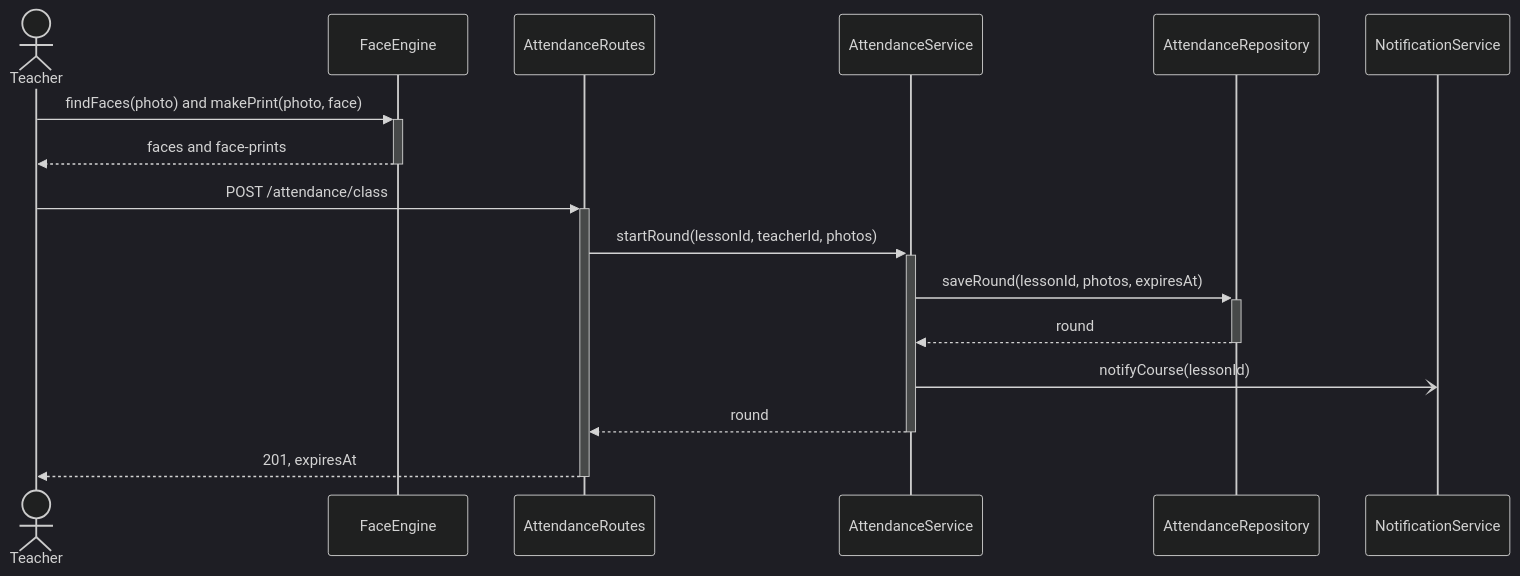
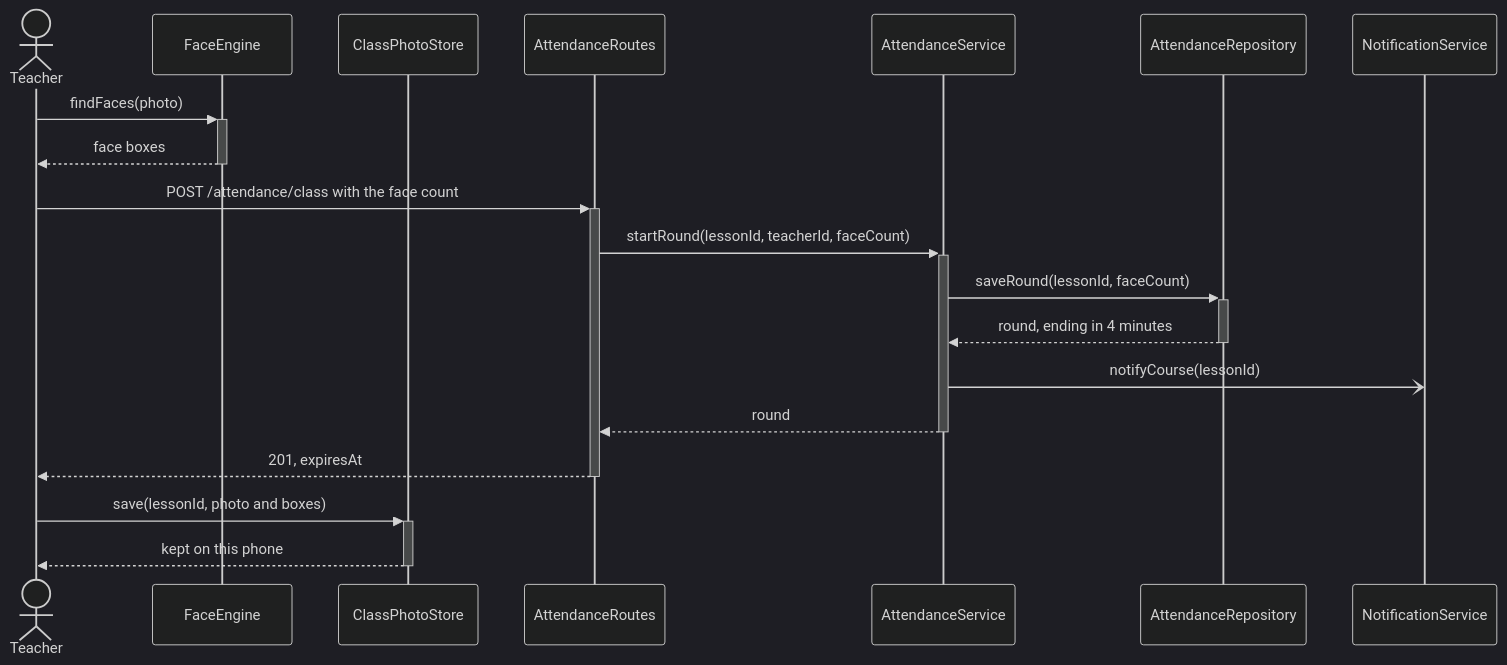
Before and after one commit to aviya1221/ASG2_OOP: the third of 6 diagrams in docs/07-EDD/attendance.md, drawn with Mermaid (dark theme). The commit also changed other lines of this file and 1 other file, not shown here.

Commit message:
docs(edd): attendance by confirmation, a face count and number picks

````diff
--- a/docs/07-EDD/attendance.md
+++ b/docs/07-EDD/attendance.md
@@ -130,18 +141,21 @@
 ```mermaid
 sequenceDiagram
     actor Teacher
     participant Engine as FaceEngine
+    participant Store as ClassPhotoStore
     participant Routes as AttendanceRoutes
     participant Service as AttendanceService
     participant Repo as AttendanceRepository
     participant Notify as NotificationService
-    Teacher->>+Engine: findFaces(photo) and makePrint(photo, face)
-    Engine-->>-Teacher: faces and face-prints
-    Teacher->>+Routes: POST /attendance/class
-    Routes->>+Service: startRound(lessonId, teacherId, photos)
-    Service->>+Repo: saveRound(lessonId, photos, expiresAt)
-    Repo-->>-Service: round
+    Teacher->>+Engine: findFaces(photo)
+    Engine-->>-Teacher: face boxes
+    Teacher->>+Routes: POST /attendance/class with the face count
+    Routes->>+Service: startRound(lessonId, teacherId, faceCount)
+    Service->>+Repo: saveRound(lessonId, faceCount)
+    Repo-->>-Service: round, ending in 4 minutes
     Service-)Notify: notifyCourse(lessonId)
     Service-->>-Routes: round
     Routes-->>-Teacher: 201, expiresAt
+    Teacher->>+Store: save(lessonId, photo and boxes)
+    Store-->>-Teacher: kept on this phone
 ```
````
